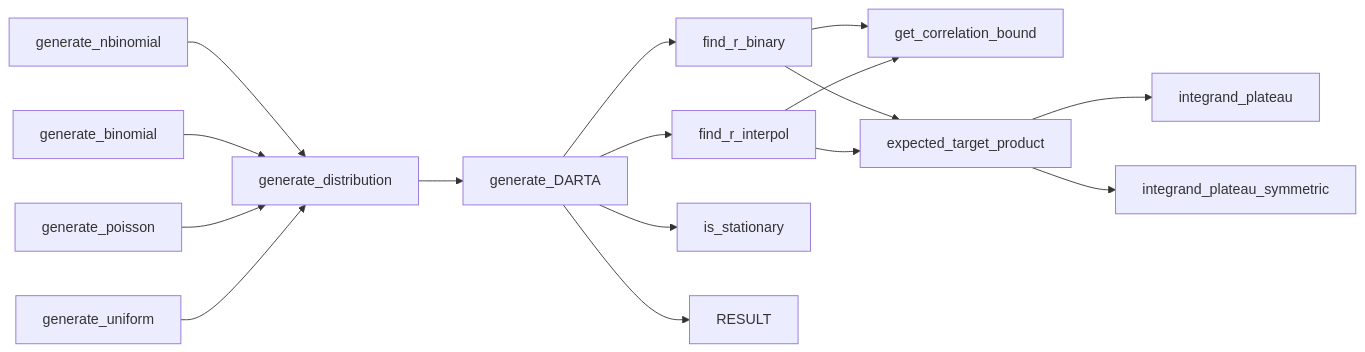
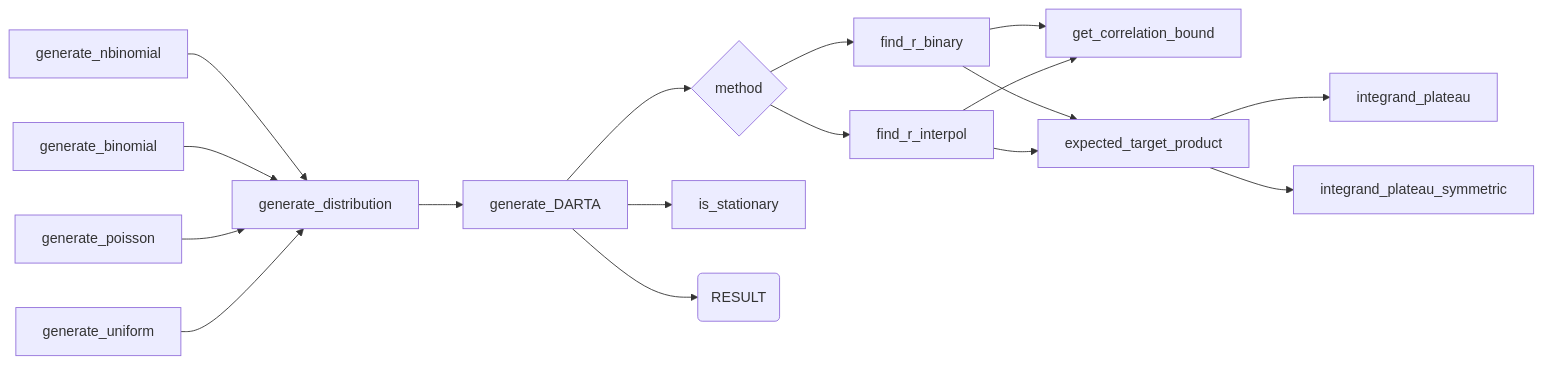
The diagram in README.md (lsinfo3/DARTA), drawn with Mermaid before and after one commit.

````diff
--- a/README.md
+++ b/README.md
@@ -99,19 +99,20 @@
 ``` mermaid
 graph LR
 
 A[generate_nbinomial] -->E[generate_distribution]
 B[generate_binomial] -->E
 C[generate_poisson] -->E
 D[generate_uniform] -->E
 E --> F[generate_DARTA]
-F --> G[find_r_binary]
+F --> N{method}
+N --> G[find_r_binary]
 G --> I[get_correlation_bound]
 H --> I
-F --> H[find_r_interpol]
+N --> H[find_r_interpol]
 G --> J[expected_target_product]
 H --> J
 J --> K[integrand_plateau]
 J --> L[integrand_plateau_symmetric]
 F --> M[is_stationary]
-F --> Z[RESULT]
+F --> Z(RESULT)
 ```
````
